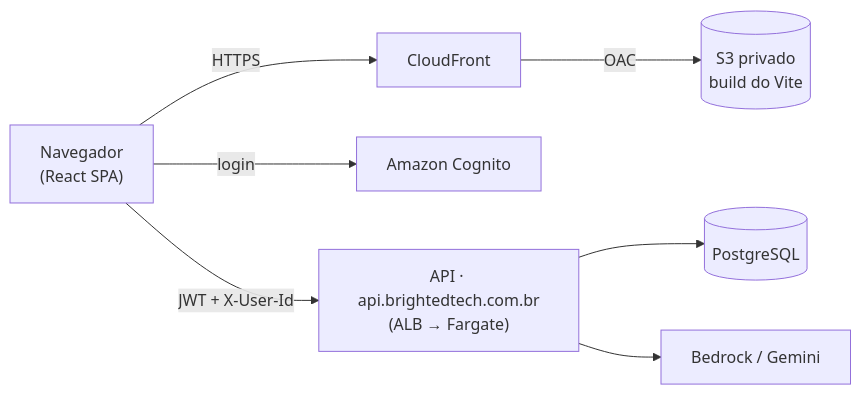
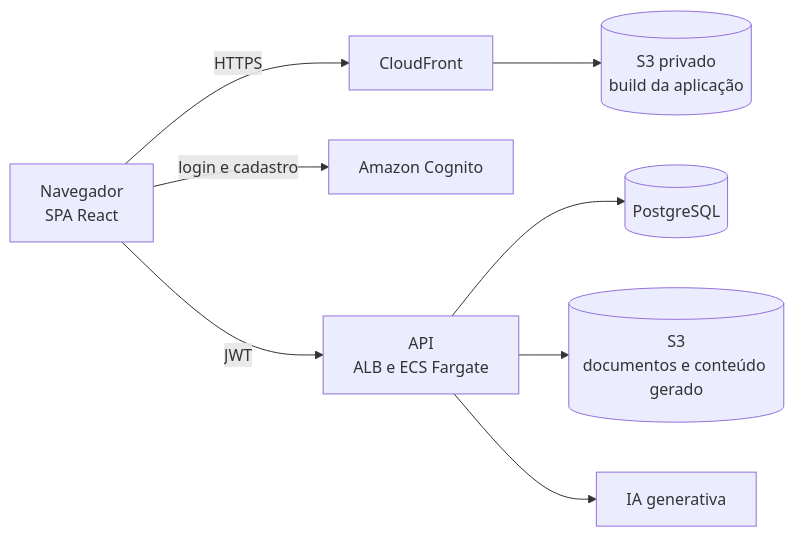
The third of 3 diagrams in README.md (joaopedro-albuquerque/bright-edtech-frontend), drawn with Mermaid before and after one commit. The commit also changed other lines of this file and 13 other files, not shown here.

````diff
--- a/README.md
+++ b/README.md
@@ -77,9 +121,10 @@
 ```mermaid
 flowchart LR
-  U["Navegador<br/>(React SPA)"] -->|"HTTPS"| CF["CloudFront"]
-  CF -->|"OAC"| S3[("S3 privado<br/>build do Vite")]
-  U -->|"login"| CG["Amazon Cognito"]
-  U -->|"JWT + X-User-Id"| API["API · api.brightedtech.com.br<br/>(ALB → Fargate)"]
+  U["Navegador<br/>SPA React"] -->|"HTTPS"| CF["CloudFront"]
+  CF --> S3[("S3 privado<br/>build da aplicação")]
+  U -->|"login e cadastro"| CG["Amazon Cognito"]
+  U -->|"JWT"| API["API<br/>ALB e ECS Fargate"]
   API --> DB[("PostgreSQL")]
-  API --> IA["Bedrock / Gemini"]
+  API --> ST[("S3<br/>documentos e conteúdo gerado")]
+  API --> IA["IA generativa"]
 ```
````
